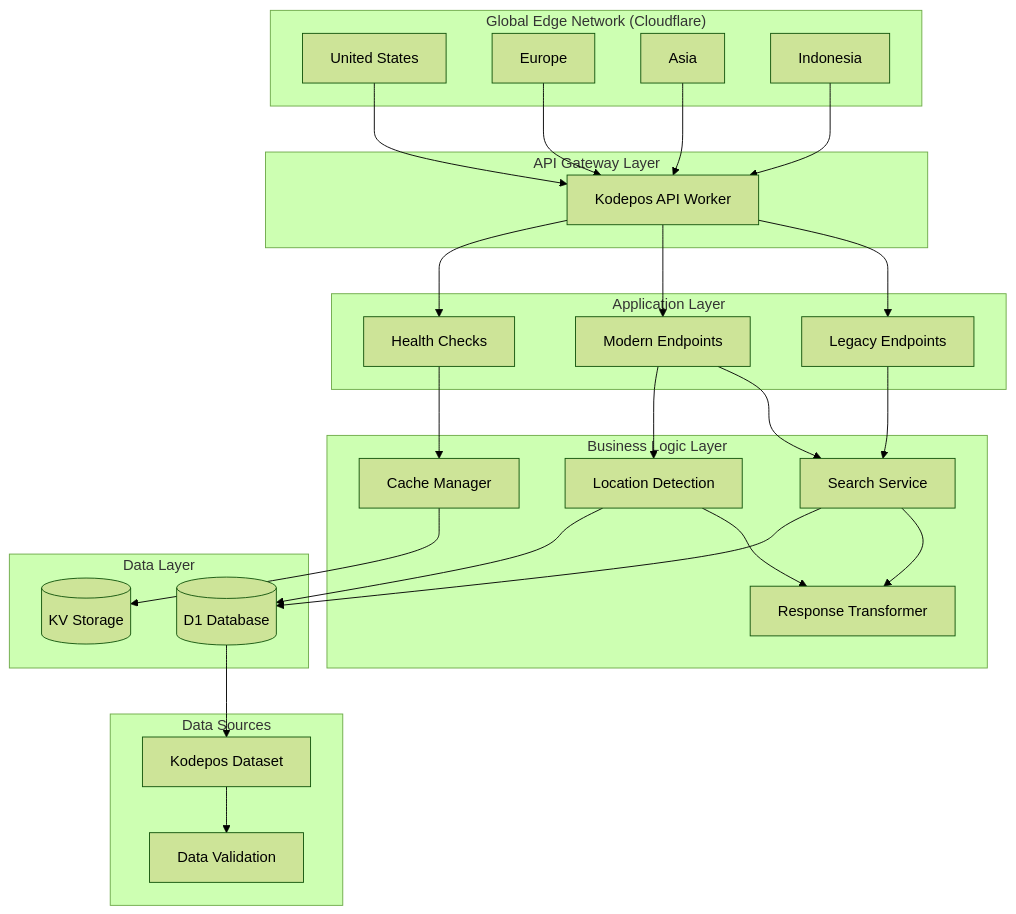
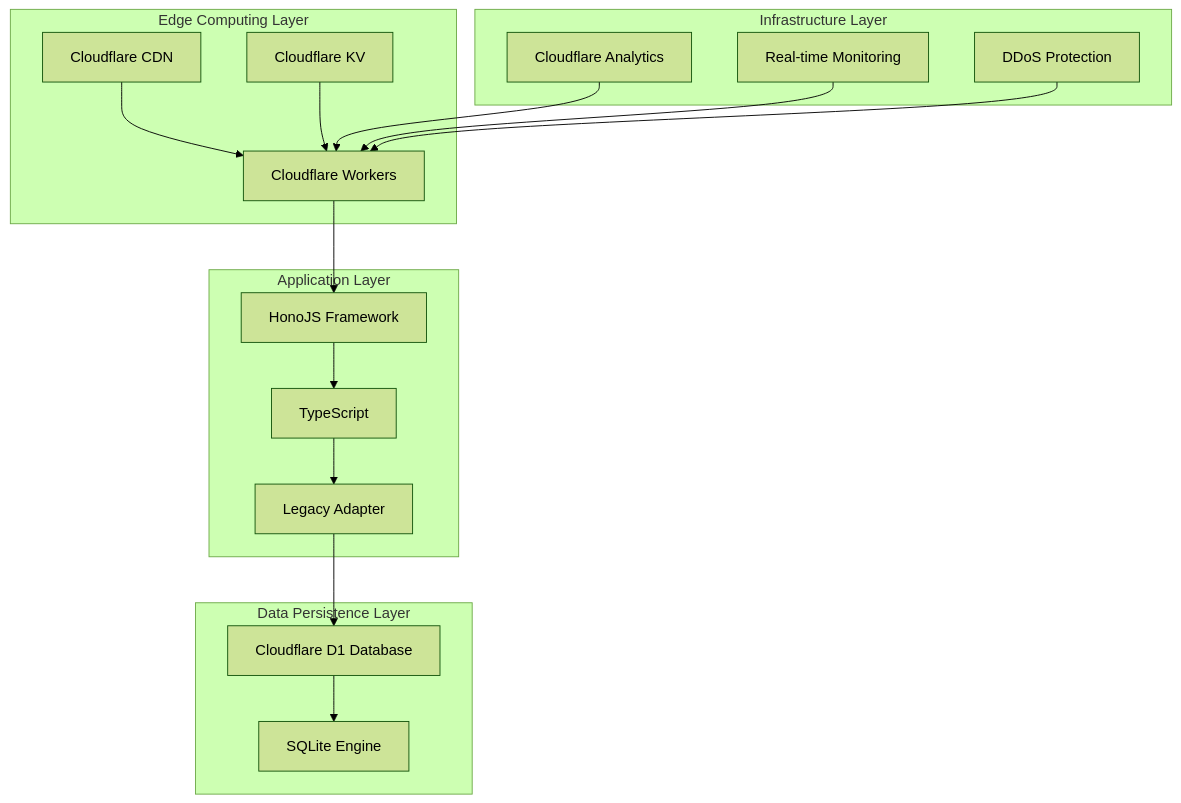
One commit to mxwllalpha/kodepos-worker changed the first of 25 diagrams in docs/architecture.md. Above: the diagram before and after it, drawn with Mermaid (forest theme). The commit also changed other lines of this file and 25 other files, not shown here.

First line of the commit message:
fix: resolve TypeScript compilation errors and update database schema

````diff
--- a/docs/architecture.md
+++ b/docs/architecture.md
@@ -13,60 +28,37 @@
 ```mermaid
 graph TB
-    subgraph "Global Edge Network (Cloudflare)"
-        US[United States]
-        EU[Europe]
-        AS[Asia]
-        ID[Indonesia]
+    subgraph "Edge Computing Layer"
+        CF[Cloudflare Workers]
+        CDN[Cloudflare CDN]
+        KV[Cloudflare KV]
     end
 
-    subgraph "API Gateway Layer"
-        API[Kodepos API Worker]
+    subgraph "Data Persistence Layer"
+        D1[Cloudflare D1 Database]
+        SQLite[SQLite Engine]
     end
 
     subgraph "Application Layer"
-        Legacy[Legacy Endpoints]
-        Modern[Modern Endpoints]
-        Health[Health Checks]
+        Hono[HonoJS Framework]
+        TS[TypeScript]
+        Legacy[Legacy Adapter]
     end
 
-    subgraph "Business Logic Layer"
-        Search[Search Service]
-        Location[Location Detection]
-        Transform[Response Transformer]
-        Cache[Cache Manager]
+    subgraph "Infrastructure Layer"
+        Analytics[Cloudflare Analytics]
+        Monitoring[Real-time Monitoring]
+        Security[DDoS Protection]
     end
 
-    subgraph "Data Layer"
-        D1[(D1 Database)]
-        KV[(KV Storage)]
-    end
+    CF --> Hono
+    Hono --> TS
+    TS --> Legacy
+    Legacy --> D1
+    D1 --> SQLite
 
-    subgraph "Data Sources"
-        Original[Kodepos Dataset]
-        Validation[Data Validation]
-    end
-
-    US --> API
-    EU --> API
-    AS --> API
-    ID --> API
-
-    API --> Legacy
-    API --> Modern
-    API --> Health
-
-    Legacy --> Search
-    Modern --> Search
-    Modern --> Location
-    Health --> Cache
-
-    Search --> Transform
-    Location --> Transform
-
-    Search --> D1
-    Location --> D1
-    Cache --> KV
-
-    D1 --> Original
-    Original --> Validation
+    CDN --> CF
+    KV --> CF
+    Analytics --> CF
+    Monitoring --> CF
+    Security --> CF
 ```
````
